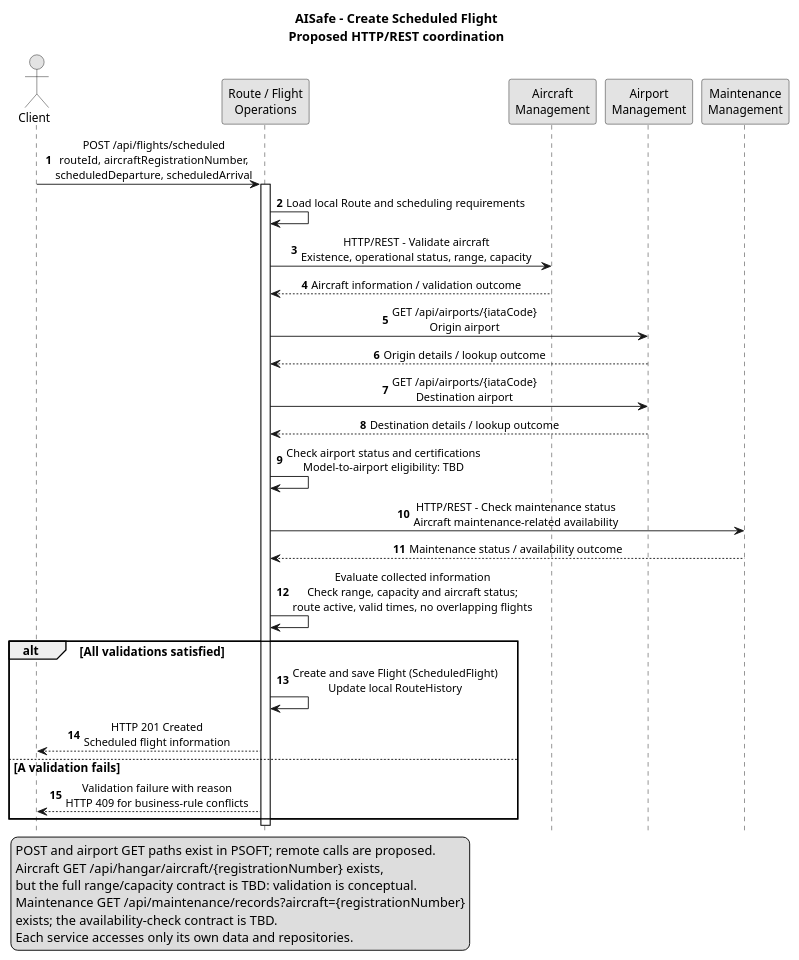
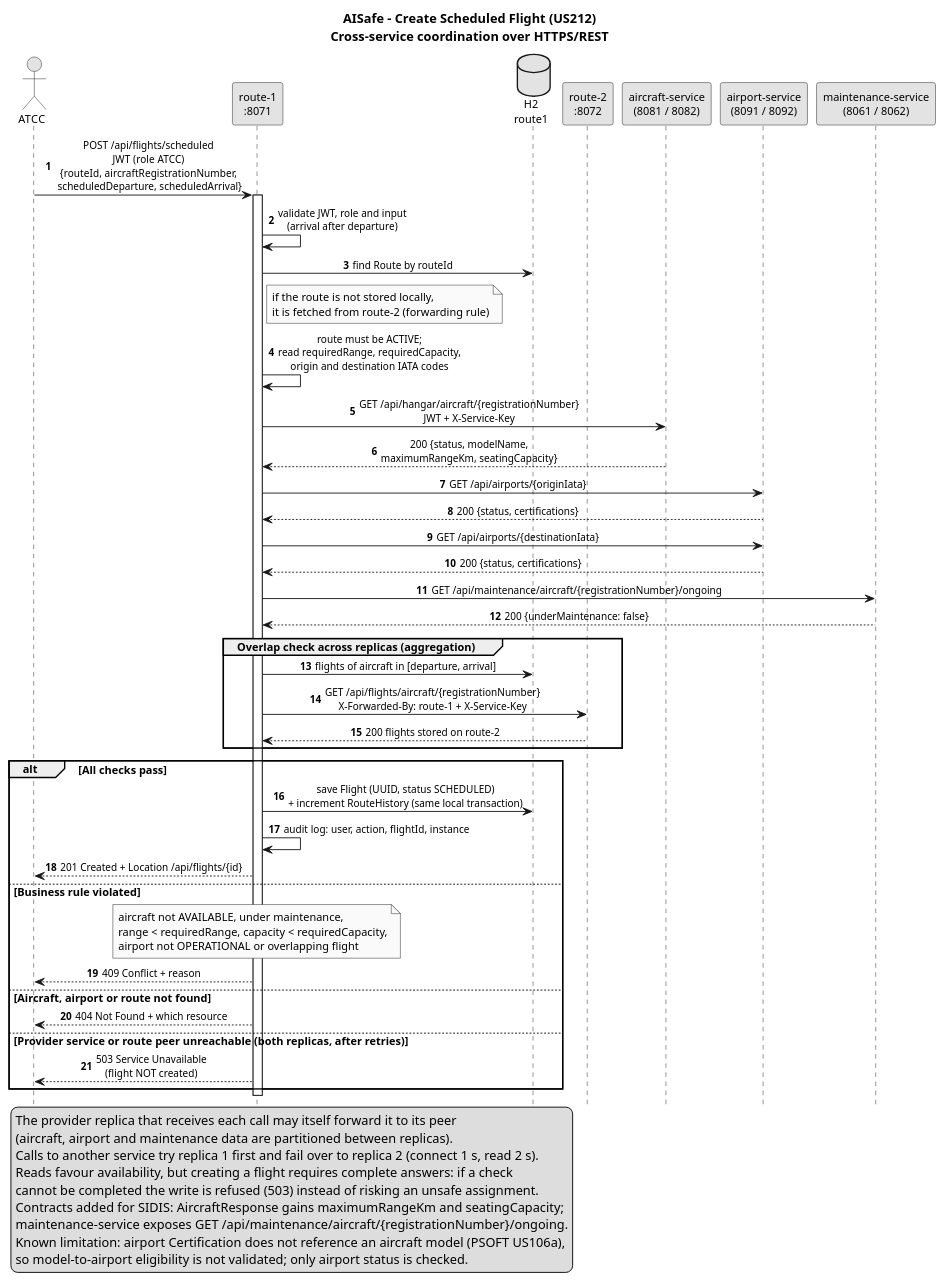
Before and after one commit to KolmerKinga/sisdig_1230426_1231051: the diagram in AISafe/docs/aisafe_diagrams/aisafe_create_scheduled_flight_sequence.puml, drawn with PlantUML. The commit also changed 20 other files, not shown here.

Commit message:
Alteração e correção nos diagramas .puml e na justificação

```diff
--- a/AISafe/docs/aisafe_diagrams/aisafe_create_scheduled_flight_sequence.puml
+++ b/AISafe/docs/aisafe_diagrams/aisafe_create_scheduled_flight_sequence.puml
@@ -1,58 +1,74 @@
 @startuml
-' Sources: PSOFT US106a, operational constraints and US212; SIDIS segregation;
-' FlightController, RouteService, HangarController, AirportController,
-' MaintenanceController, Certification and arq_corrigida.puml.
-' This is a target distributed workflow, not a trace of the existing monolith.
-' Current RouteService does not check capacity or query Maintenance directly.
-' AircraftResponse contains meanRange, but no complete range/capacity contract.
-' Airport Certification does not identify an AircraftModel (US106a gap).
-title AISafe - Create Scheduled Flight\nProposed HTTP/REST coordination
+title AISafe - Create Scheduled Flight (US212)\nCross-service coordination over HTTPS/REST
+
 skinparam monochrome true
 skinparam shadowing false
 skinparam defaultFontName SansSerif
-skinparam defaultFontSize 13
-skinparam ArrowFontSize 12
-skinparam NoteBackgroundColor white
+skinparam defaultFontSize 12
+skinparam ArrowFontSize 11
 skinparam sequenceMessageAlign center
 hide footbox
 autonumber
 
-actor "Client" as Client
-participant "Route / Flight\nOperations" as Route
-participant "Aircraft\nManagement" as Aircraft
-participant "Airport\nManagement" as Airport
-participant "Maintenance\nManagement" as Maintenance
+actor "ATCC" as Client
+participant "route-1\n:8071" as Route
+database "H2\nroute1" as RouteDB
+participant "route-2\n:8072" as Peer
+participant "aircraft-service\n(8081 / 8082)" as Aircraft
+participant "airport-service\n(8091 / 8092)" as Airport
+participant "maintenance-service\n(8061 / 8062)" as Maintenance
 
-Client -> Route : POST /api/flights/scheduled\nrouteId, aircraftRegistrationNumber,\nscheduledDeparture, scheduledArrival
+Client -> Route : POST /api/flights/scheduled\nJWT (role ATCC)\n{routeId, aircraftRegistrationNumber,\n scheduledDeparture, scheduledArrival}
 activate Route
-Route -> Route : Load local Route and scheduling requirements
-Route -> Aircraft : HTTP/REST - Validate aircraft\nExistence, operational status, range, capacity
-Aircraft --> Route : Aircraft information / validation outcome
+Route -> Route : validate JWT, role and input\n(arrival after departure)
+Route -> RouteDB : find Route by routeId
+note right of Route : if the route is not stored locally,\nit is fetched from route-2 (forwarding rule)
+Route -> Route : route must be ACTIVE;\nread requiredRange, requiredCapacity,\norigin and destination IATA codes
 
-Route -> Airport : GET /api/airports/{iataCode}\nOrigin airport
-Airport --> Route : Origin details / lookup outcome
-Route -> Airport : GET /api/airports/{iataCode}\nDestination airport
-Airport --> Route : Destination details / lookup outcome
-Route -> Route : Check airport status and certifications\nModel-to-airport eligibility: TBD
+Route -> Aircraft : GET /api/hangar/aircraft/{registrationNumber}\nJWT + X-Service-Key
+Aircraft --> Route : 200 {status, modelName,\nmaximumRangeKm, seatingCapacity}
 
-Route -> Maintenance : HTTP/REST - Check maintenance status\nAircraft maintenance-related availability
-Maintenance --> Route : Maintenance status / availability outcome
+Route -> Airport : GET /api/airports/{originIata}
+Airport --> Route : 200 {status, certifications}
+Route -> Airport : GET /api/airports/{destinationIata}
+Airport --> Route : 200 {status, certifications}
 
-Route -> Route : Evaluate collected information\nCheck range, capacity and aircraft status;\nroute active, valid times, no overlapping flights
-alt All validations satisfied
-  Route -> Route : Create and save Flight (ScheduledFlight)\nUpdate local RouteHistory
-  Route --> Client : HTTP 201 Created\nScheduled flight information
-else A validation fails
-  Route --> Client : Validation failure with reason\nHTTP 409 for business-rule conflicts
+Route -> Maintenance : GET /api/maintenance/aircraft/{registrationNumber}/ongoing
+Maintenance --> Route : 200 {underMaintenance: false}
+
+group Overlap check across replicas (aggregation)
+  Route -> RouteDB : flights of aircraft in [departure, arrival]
+  Route -> Peer : GET /api/flights/aircraft/{registrationNumber}\nX-Forwarded-By: route-1 + X-Service-Key
+  Peer --> Route : 200 flights stored on route-2
+end
+
+alt All checks pass
+  Route -> RouteDB : save Flight (UUID, status SCHEDULED)\n+ increment RouteHistory (same local transaction)
+  Route -> Route : audit log: user, action, flightId, instance
+  Route --> Client : 201 Created + Location /api/flights/{id}
+else Business rule violated
+  note over Route
+    aircraft not AVAILABLE, under maintenance,
+    range < requiredRange, capacity < requiredCapacity,
+    airport not OPERATIONAL or overlapping flight
+  end note
+  Route --> Client : 409 Conflict + reason
+else Aircraft, airport or route not found
+  Route --> Client : 404 Not Found + which resource
+else Provider service or route peer unreachable (both replicas, after retries)
+  Route --> Client : 503 Service Unavailable\n(flight NOT created)
 end
 deactivate Route
 
 legend bottom left
-  POST and airport GET paths exist in PSOFT; remote calls are proposed.
-  Aircraft GET /api/hangar/aircraft/{registrationNumber} exists,
-  but the full range/capacity contract is TBD: validation is conceptual.
-  Maintenance GET /api/maintenance/records?aircraft={registrationNumber}
-  exists; the availability-check contract is TBD.
-  Each service accesses only its own data and repositories.
+  The provider replica that receives each call may itself forward it to its peer
+  (aircraft, airport and maintenance data are partitioned between replicas).
+  Calls to another service try replica 1 first and fail over to replica 2 (connect 1 s, read 2 s).
+  Reads favour availability, but creating a flight requires complete answers: if a check
+  cannot be completed the write is refused (503) instead of risking an unsafe assignment.
+  Contracts added for SIDIS: AircraftResponse gains maximumRangeKm and seatingCapacity;
+  maintenance-service exposes GET /api/maintenance/aircraft/{registrationNumber}/ongoing.
+  Known limitation: airport Certification does not reference an aircraft model (PSOFT US106a),
+  so model-to-airport eligibility is not validated; only airport status is checked.
 endlegend
 @enduml
```
